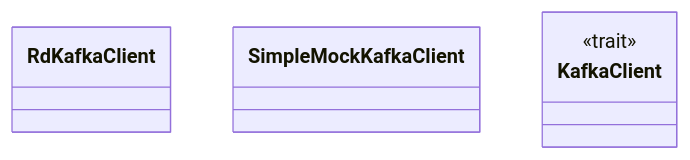
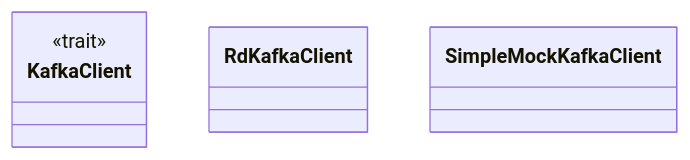
Before and after one commit to lgcorzo/rust_CACD_autonomous_factory: the first of 2 diagrams in wiki/crates_factory-infrastructure_src_kafka.md, drawn with Mermaid. The commit also changed other lines of this file and 58 other files, not shown here.

````diff
--- a/wiki/crates_factory-infrastructure_src_kafka.md
+++ b/wiki/crates_factory-infrastructure_src_kafka.md
@@ -16,8 +16,8 @@
 ```mermaid
 classDiagram
-    class RdKafkaClient
-    class SimpleMockKafkaClient
     class KafkaClient {
         <<trait>>
     }
+    class RdKafkaClient
+    class SimpleMockKafkaClient
 ```
````
